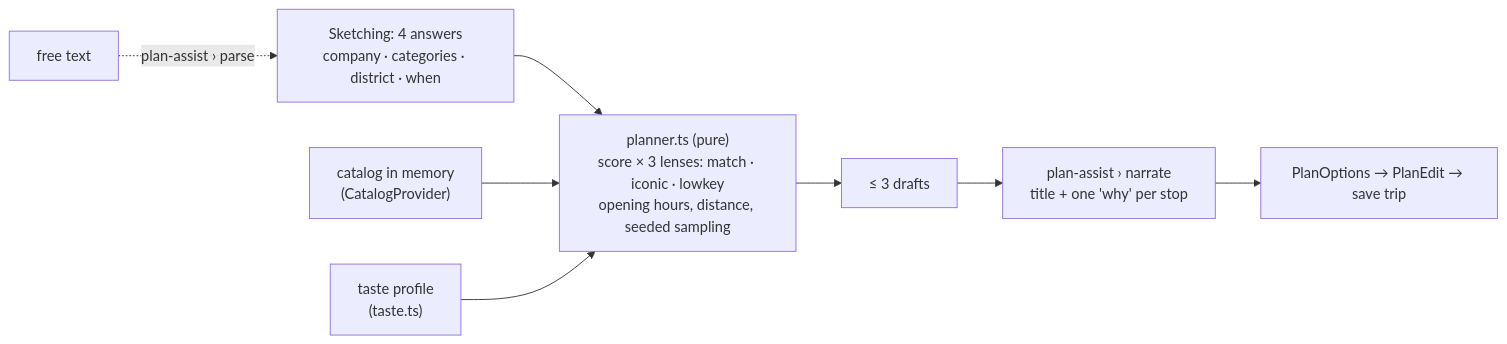
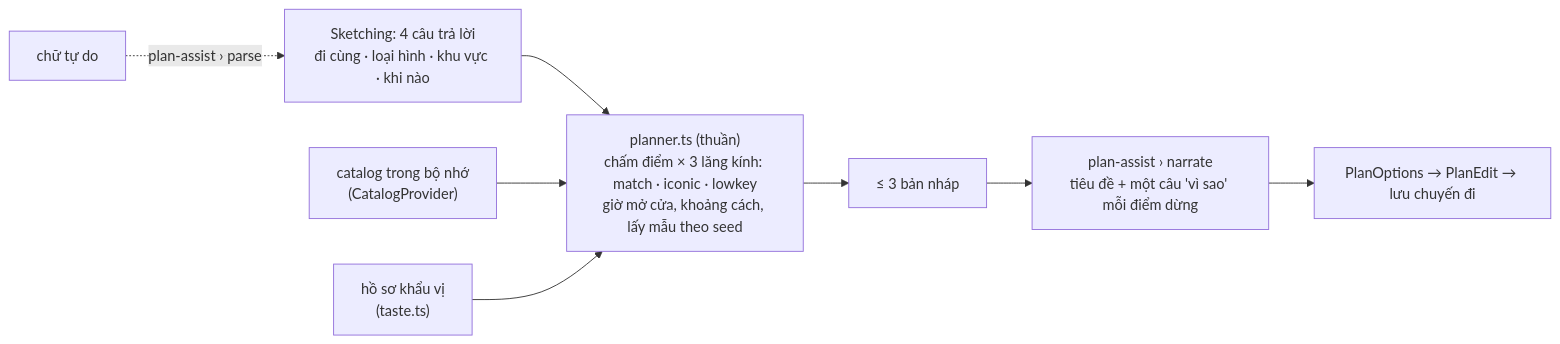
One commit to aletuan/city-crew changed the fourth of 6 diagrams in docs/system-design.md. Above: the diagram before and after it, drawn with Mermaid. The commit also changed other lines of this file, not shown here.

````diff
--- a/docs/system-design.md
+++ b/docs/system-design.md
@@ -232,10 +229,10 @@
 ```mermaid
 flowchart LR
-  Q["Sketching: 4 answers<br/>company · categories · district · when"] --> PL
-  CAT["catalog in memory<br/>(CatalogProvider)"] --> PL
-  TP["taste profile<br/>(taste.ts)"] --> PL
-  PL["planner.ts (pure)<br/>score × 3 lenses: match · iconic · lowkey<br/>opening hours, distance, seeded sampling"] --> D["≤ 3 drafts"]
-  D --> N["plan-assist › narrate<br/>title + one 'why' per stop"]
-  N --> O["PlanOptions → PlanEdit → save trip"]
-  T["free text"] -. "plan-assist › parse" .-> Q
+  Q["Sketching: 4 câu trả lời<br/>đi cùng · loại hình · khu vực · khi nào"] --> PL
+  CAT["catalog trong bộ nhớ<br/>(CatalogProvider)"] --> PL
+  TP["hồ sơ khẩu vị<br/>(taste.ts)"] --> PL
+  PL["planner.ts (thuần)<br/>chấm điểm × 3 lăng kính: match · iconic · lowkey<br/>giờ mở cửa, khoảng cách, lấy mẫu theo seed"] --> D["≤ 3 bản nháp"]
+  D --> N["plan-assist › narrate<br/>tiêu đề + một câu 'vì sao' mỗi điểm dừng"]
+  N --> O["PlanOptions → PlanEdit → lưu chuyến đi"]
+  T["chữ tự do"] -. "plan-assist › parse" .-> Q
 ```
````
